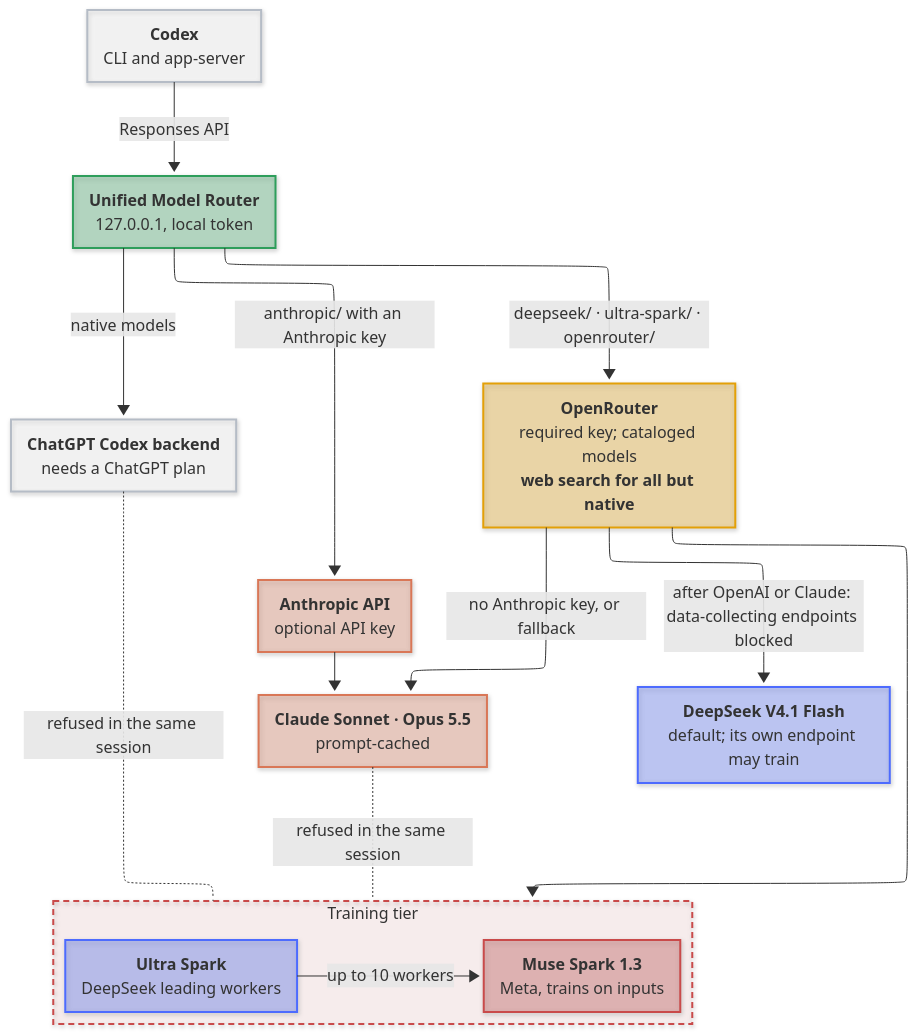
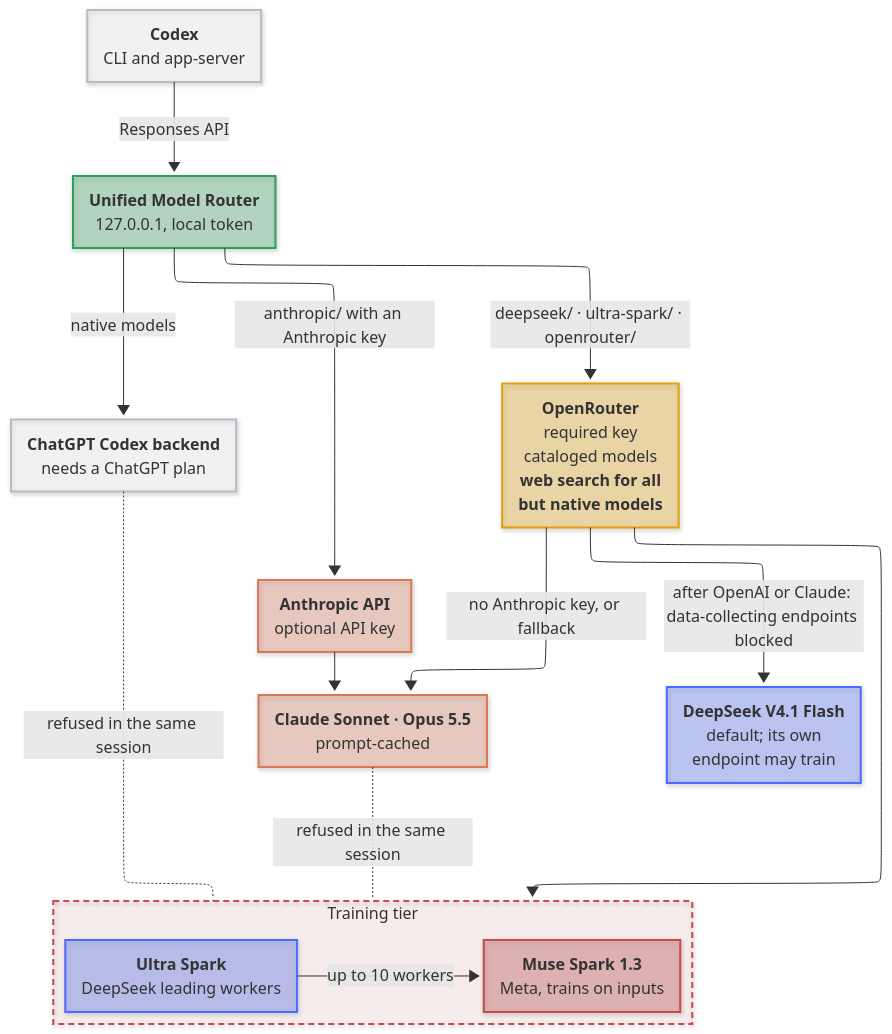
Before and after one commit to mirzahusadzic/codex-unified-model-router: the diagram in README.md, drawn with Mermaid.

Commit message:
docs: keep the README graph's labels inside their boxes
Two node lines ran past the graph's 220 px wrapping width, past which
Mermaid sizes a label differently, and in some browsers the DeepSeek line
ran out of its box. Splitting them keeps every node line under 165 px.

```diff
--- a/README.md
+++ b/README.md
@@ -84,9 +84,9 @@
     RT["<b>Unified Model Router</b><br/>127.0.0.1, local token"]
     OA["<b>ChatGPT Codex backend</b><br/>needs a ChatGPT plan"]
     AN["<b>Anthropic API</b><br/>optional API key"]
-    OR["<b>OpenRouter</b><br/>required key; cataloged models<br/><b>web search for all but native</b>"]
+    OR["<b>OpenRouter</b><br/>required key<br/>cataloged models<br/><b>web search for all</b><br/><b>but native models</b>"]
     CL["<b>Claude Sonnet · Opus 5.5</b><br/>prompt-cached"]
-    DS["<b>DeepSeek V4.1 Flash</b><br/>default; its own endpoint may train"]
+    DS["<b>DeepSeek V4.1 Flash</b><br/>default; its own<br/>endpoint may train"]
     subgraph TT["Training tier"]
         direction LR
         US["<b>Ultra Spark</b><br/>DeepSeek leading workers"]
```
